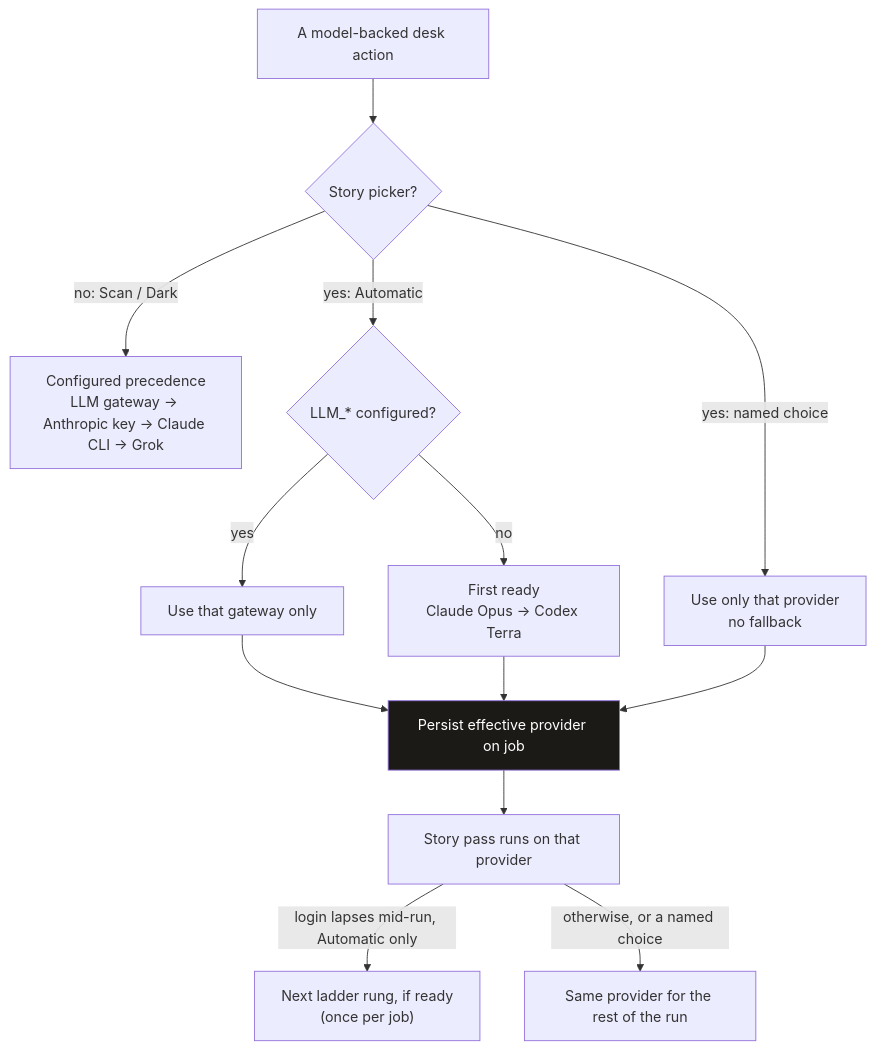
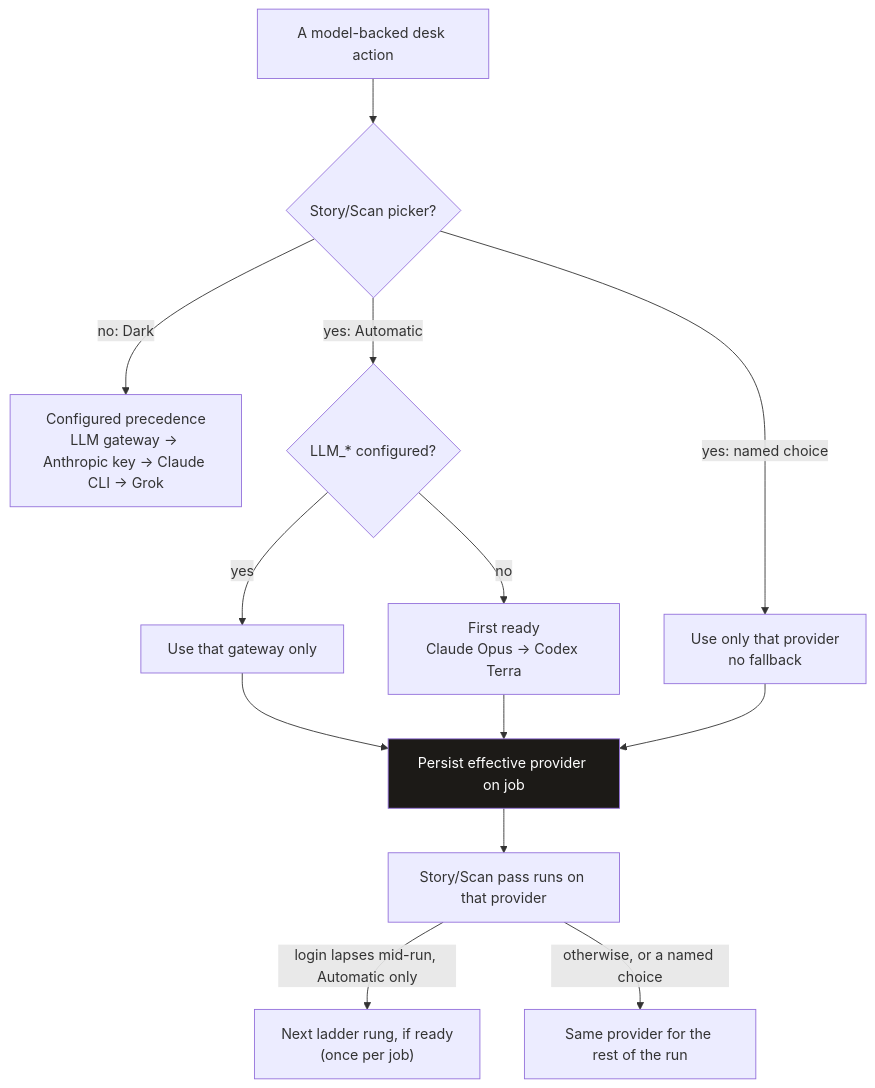
One commit to scottconverse/TownReporter changed the eighth of 8 diagrams in docs/manual.md. Above: the diagram before and after it, drawn with Mermaid. The commit also changed other lines of this file and 11 other files, not shown here.

First line of the commit message:
Scan gets the per-run writing-model picker Story has

````diff
--- a/docs/manual.md
+++ b/docs/manual.md
@@ -776,17 +779,17 @@
 ```mermaid
 flowchart TB
-    CALL["A model-backed desk action"] --> KIND{"Story picker?"}
-    KIND -->|no: Scan / Dark| CFG["Configured precedence<br/>LLM gateway → Anthropic key → Claude CLI → Grok"]
+    CALL["A model-backed desk action"] --> KIND{"Story/Scan picker?"}
+    KIND -->|no: Dark| CFG["Configured precedence<br/>LLM gateway → Anthropic key → Claude CLI → Grok"]
     KIND -->|yes: Automatic| Q1{"LLM_* configured?"}
     Q1 -->|yes| OAI["Use that gateway only"]
     Q1 -->|no| READY["First ready<br/>Claude Opus → Codex Terra"]
     KIND -->|yes: named choice| ONE["Use only that provider<br/>no fallback"]
     OAI --> SAVE["Persist effective provider on job"]
     READY --> SAVE
     ONE --> SAVE
-    SAVE --> RUN["Story pass runs on that provider"]
+    SAVE --> RUN["Story/Scan pass runs on that provider"]
     RUN -->|login lapses mid-run, Automatic only| NEXT["Next ladder rung, if ready<br/>(once per job)"]
     RUN -->|otherwise, or a named choice| SAME["Same provider for the rest of the run"]
 
     style SAVE fill:#1c1a17,color:#fff
 ```
````
